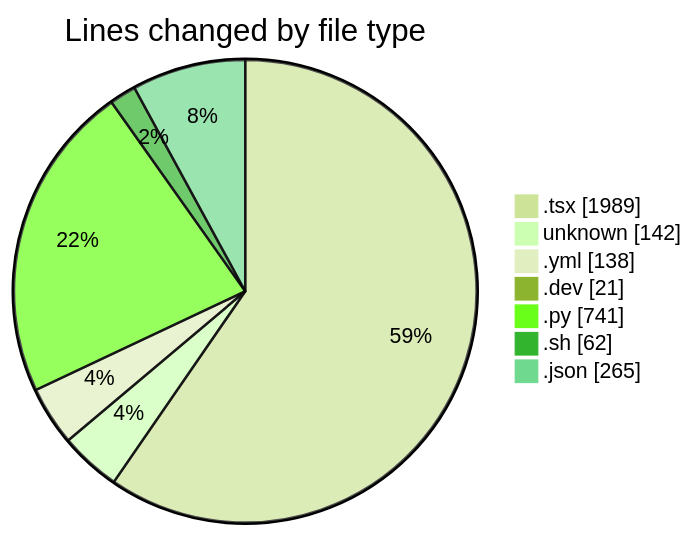
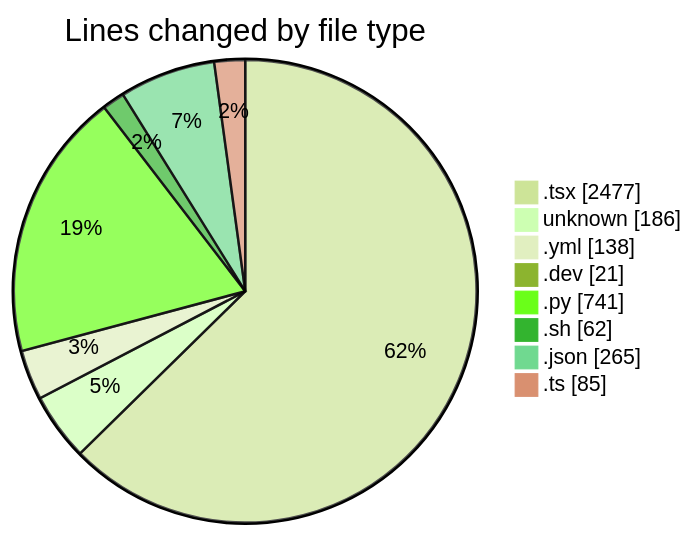
Before and after one commit to Elitesun/code-tracking: the first of 2 diagrams in 2025-05-18/niten/README.md, drawn with Mermaid (forest theme). The commit also changed other lines of this file and 1 other file, not shown here.

````diff
--- a/2025-05-18/niten/README.md
+++ b/2025-05-18/niten/README.md
@@ -43,11 +45,12 @@
 ```mermaid
 pie showData
 title Lines changed by file type
-".tsx" : 1989
-"unknown" : 142
+".tsx" : 2477
+"unknown" : 186
 ".yml" : 138
 ".dev" : 21
 ".py" : 741
 ".sh" : 62
 ".json" : 265
+".ts" : 85
 ```
````
